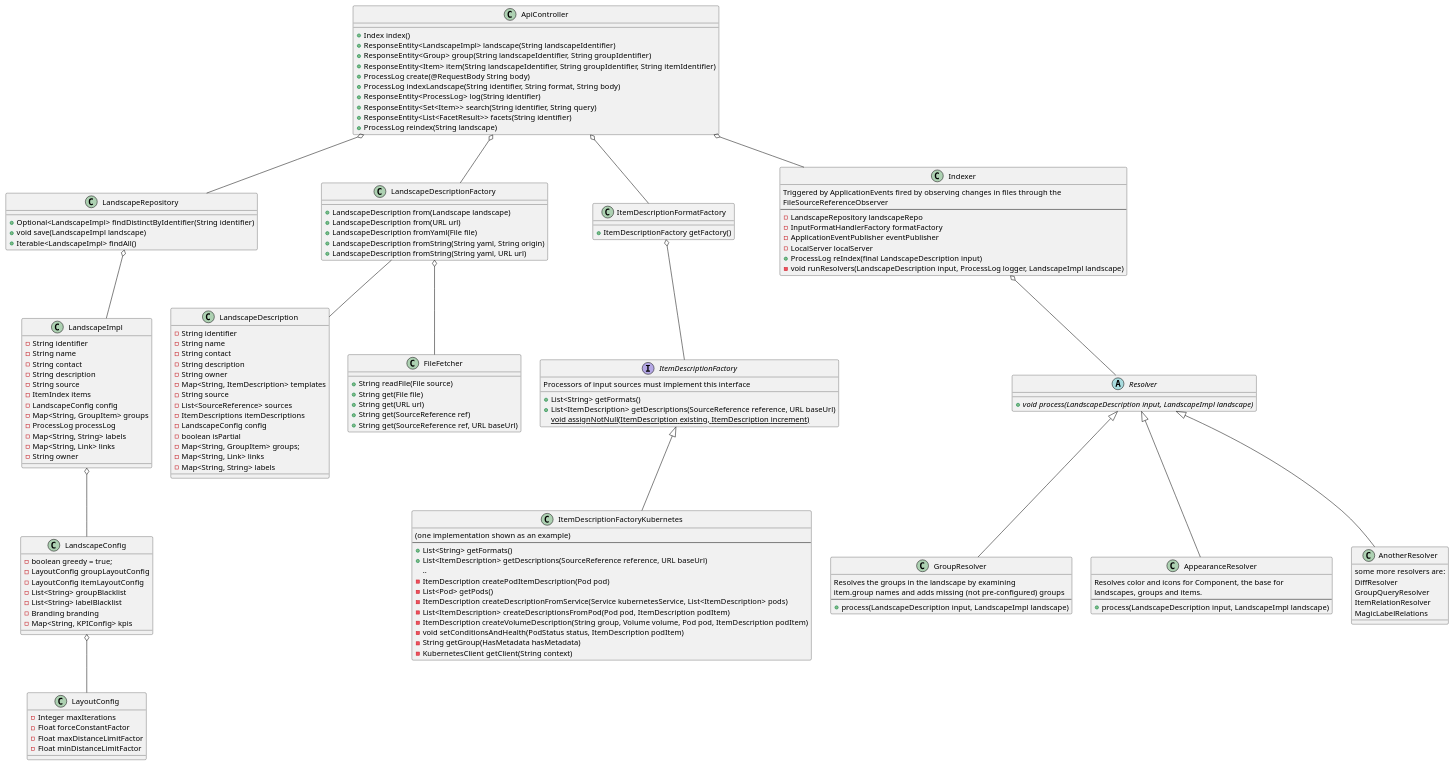
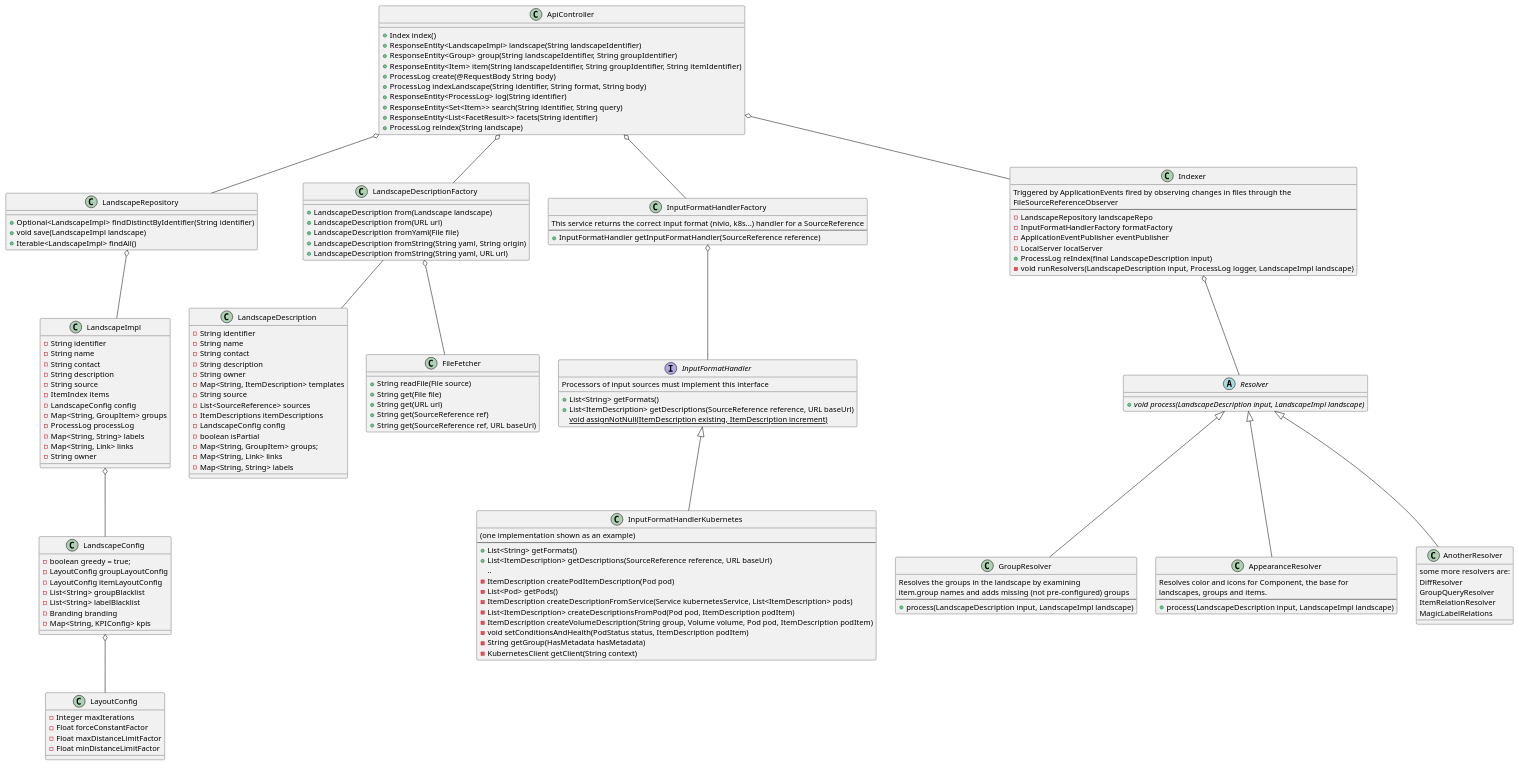
The diagram in backend-architecture-api.puml (dedica-team/nivio), drawn with PlantUML before and after one commit. The commit also changed 3 other files, not shown here.

Commit message:
added text about the UML diagram to the readme

```diff
--- a/backend-architecture-api.puml
+++ b/backend-architecture-api.puml
@@ -1,178 +1,180 @@
 @startuml
 
 class ApiController {
     +Index index()
     +ResponseEntity<LandscapeImpl> landscape(String landscapeIdentifier)
     +ResponseEntity<Group> group(String landscapeIdentifier, String groupIdentifier)
     +ResponseEntity<Item> item(String landscapeIdentifier, String groupIdentifier, String itemIdentifier)
     +ProcessLog create(@RequestBody String body)
     +ProcessLog indexLandscape(String identifier, String format, String body)
     +ResponseEntity<ProcessLog> log(String identifier)
     +ResponseEntity<Set<Item>> search(String identifier, String query)
     +ResponseEntity<List<FacetResult>> facets(String identifier)
     +ProcessLog reindex(String landscape)
 }
 
 ApiController o-- LandscapeRepository
 ApiController o-- LandscapeDescriptionFactory
-ApiController o-- ItemDescriptionFormatFactory
+ApiController o-- InputFormatHandlerFactory
 ApiController o-- Indexer
 
 class LandscapeImpl {
     -String identifier
     -String name
     -String contact
     -String description
     -String source
     -ItemIndex items
     -LandscapeConfig config
     -Map<String, GroupItem> groups
     -ProcessLog processLog
     -Map<String, String> labels
     -Map<String, Link> links
     -String owner
 }
 
 class LandscapeConfig {
     -boolean greedy = true;
     -LayoutConfig groupLayoutConfig
     -LayoutConfig itemLayoutConfig
     -List<String> groupBlacklist
     -List<String> labelBlacklist
     -Branding branding
     -Map<String, KPIConfig> kpis
 }
 
 class LayoutConfig {
     -Integer maxIterations
     -Float forceConstantFactor
     -Float maxDistanceLimitFactor
     -Float minDistanceLimitFactor
 }
 
 LandscapeImpl o-- LandscapeConfig
 LandscapeConfig o-- LayoutConfig
 
 class LandscapeRepository {
     +Optional<LandscapeImpl> findDistinctByIdentifier(String identifier)
     +void save(LandscapeImpl landscape)
     +Iterable<LandscapeImpl> findAll()
 }
 
 LandscapeRepository o-- LandscapeImpl
 
 class LandscapeDescriptionFactory {
     +LandscapeDescription from(Landscape landscape)
     +LandscapeDescription from(URL url)
     +LandscapeDescription fromYaml(File file)
     +LandscapeDescription fromString(String yaml, String origin)
     +LandscapeDescription fromString(String yaml, URL url)
 }
 
 LandscapeDescriptionFactory -- LandscapeDescription
 
 class LandscapeDescription{
     -String identifier
     -String name
     -String contact
     -String description
     -String owner
     -Map<String, ItemDescription> templates
     -String source
     -List<SourceReference> sources
     -ItemDescriptions itemDescriptions
     -LandscapeConfig config
     -boolean isPartial
     -Map<String, GroupItem> groups;
     -Map<String, Link> links
     -Map<String, String> labels
 
 }
 
-class ItemDescriptionFormatFactory {
-    +ItemDescriptionFactory getFactory()
+class InputFormatHandlerFactory {
+This service returns the correct input format (nivio, k8s...) handler for a SourceReference
+--
+    +InputFormatHandler getInputFormatHandler(SourceReference reference)
 }
 
 class Indexer {
 Triggered by ApplicationEvents fired by observing changes in files through the
 FileSourceReferenceObserver
 --
     -LandscapeRepository landscapeRepo
     -InputFormatHandlerFactory formatFactory
     -ApplicationEventPublisher eventPublisher
     -LocalServer localServer
     +ProcessLog reIndex(final LandscapeDescription input)
     -void runResolvers(LandscapeDescription input, ProcessLog logger, LandscapeImpl landscape)
 }
 
 abstract class Resolver {
     + {abstract} void process(LandscapeDescription input, LandscapeImpl landscape)
 }
 
 Indexer o-- Resolver
 
 class GroupResolver {
 Resolves the groups in the landscape by examining
 item.group names and adds missing (not pre-configured) groups
 --
     +process(LandscapeDescription input, LandscapeImpl landscape)
 }
 
 class AppearanceResolver {
 Resolves color and icons for Component, the base for
 landscapes, groups and items.
 --
     +process(LandscapeDescription input, LandscapeImpl landscape)
 }
 
 class AnotherResolver {
     some more resolvers are:
     DiffResolver
     GroupQueryResolver
     ItemRelationResolver
     MagicLabelRelations
 }
 
 Resolver <|-- GroupResolver
 Resolver <|-- AppearanceResolver
 Resolver <|-- AnotherResolver
 
 class FileFetcher {
     +String readFile(File source)
     +String get(File file)
     +String get(URL url)
     +String get(SourceReference ref)
     +String get(SourceReference ref, URL baseUrl)
 }
 
 LandscapeDescriptionFactory o-- FileFetcher
 
-interface ItemDescriptionFactory {
+interface InputFormatHandler {
     Processors of input sources must implement this interface
     +List<String> getFormats()
     +List<ItemDescription> getDescriptions(SourceReference reference, URL baseUrl)
     {static} void assignNotNull(ItemDescription existing, ItemDescription increment)
 }
 
-ItemDescriptionFormatFactory o-- ItemDescriptionFactory
+InputFormatHandlerFactory o-- InputFormatHandler
 
-class ItemDescriptionFactoryKubernetes {
+class InputFormatHandlerKubernetes {
 (one implementation shown as an example)
 --
     +List<String> getFormats()
     +List<ItemDescription> getDescriptions(SourceReference reference, URL baseUrl)
     ..
     -ItemDescription createPodItemDescription(Pod pod)
     -List<Pod> getPods()
     -ItemDescription createDescriptionFromService(Service kubernetesService, List<ItemDescription> pods)
     -List<ItemDescription> createDescriptionsFromPod(Pod pod, ItemDescription podItem)
     -ItemDescription createVolumeDescription(String group, Volume volume, Pod pod, ItemDescription podItem)
     -void setConditionsAndHealth(PodStatus status, ItemDescription podItem)
     -String getGroup(HasMetadata hasMetadata)
     -KubernetesClient getClient(String context)
 }
 
-ItemDescriptionFactory <|--  ItemDescriptionFactoryKubernetes
+InputFormatHandler <|--  InputFormatHandlerKubernetes
 
 
 @enduml
```
